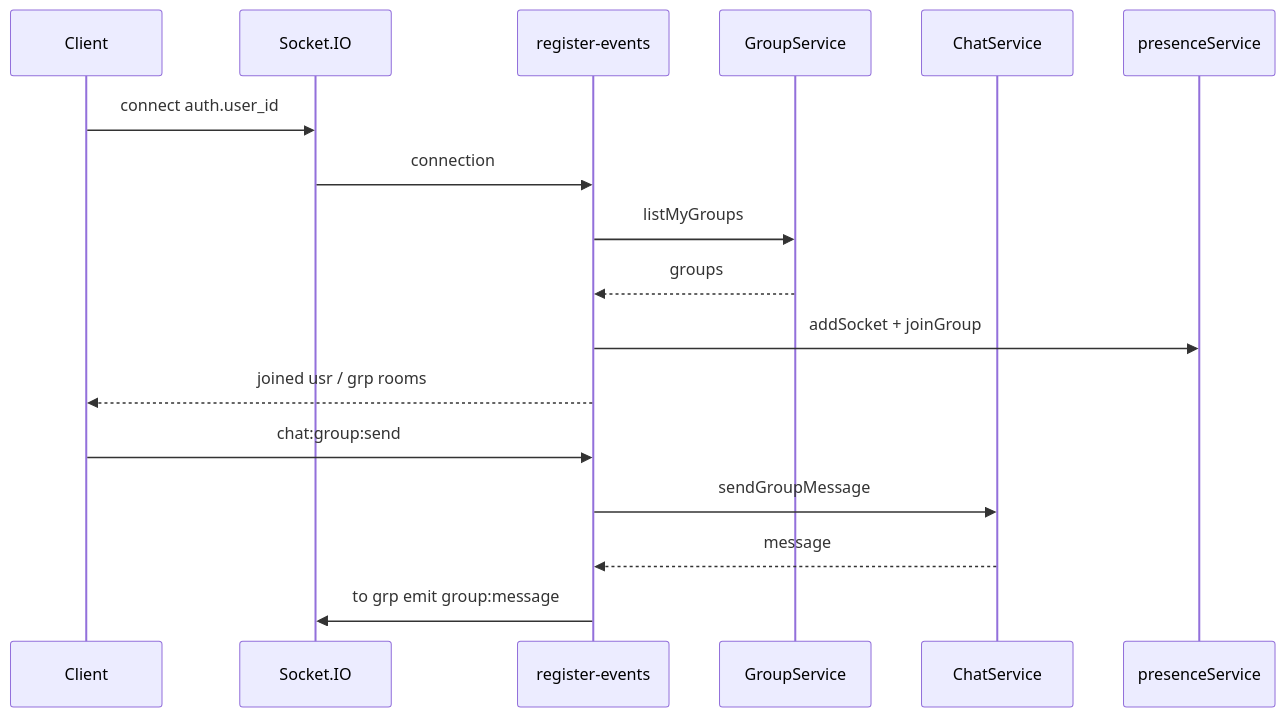
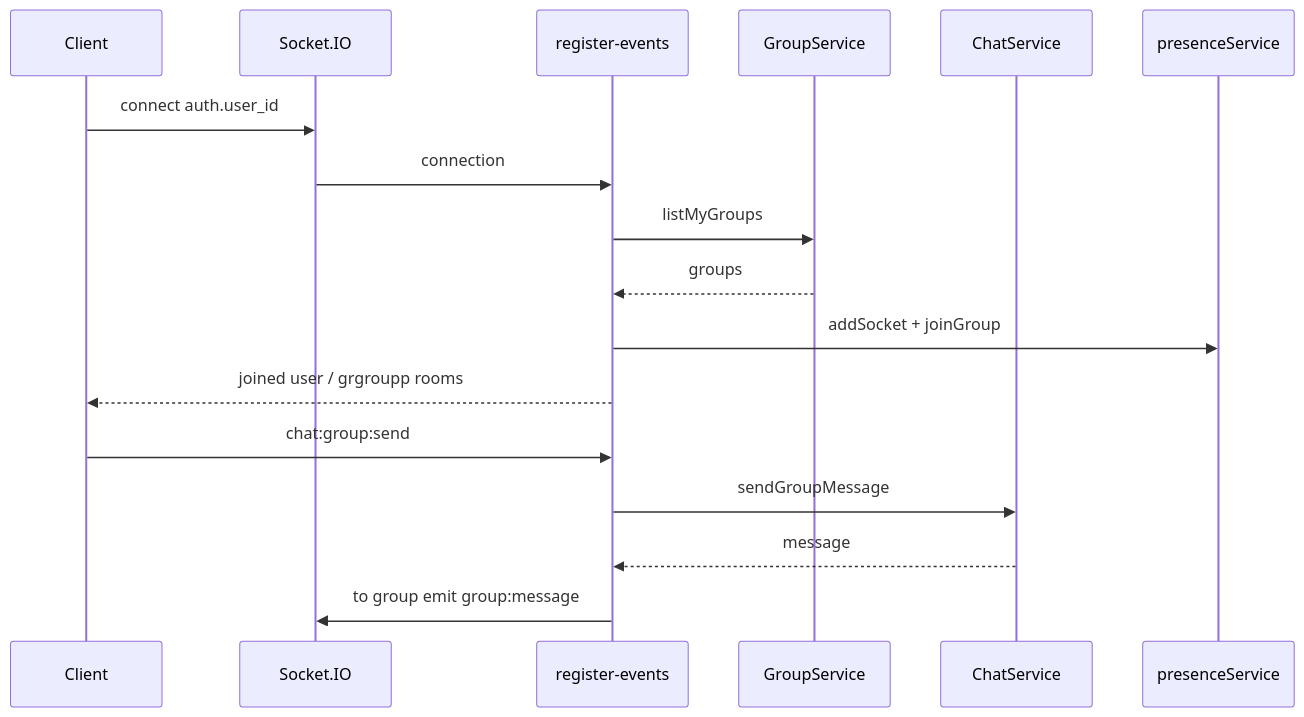
Before and after one commit to yashvenrakumar/chat-application: the sixth of 8 diagrams in docs/optional/system-design-optinal/SYSTEM-DESIGN.md, drawn with Mermaid. The commit also changed other lines of this file and 9 other files, not shown here.

````diff
--- a/docs/optional/system-design-optinal/SYSTEM-DESIGN.md
+++ b/docs/optional/system-design-optinal/SYSTEM-DESIGN.md
@@ -227,21 +227,21 @@
 ```mermaid
 sequenceDiagram
   participant Client
   participant IO as Socket.IO
   participant Reg as register-events
   participant GS as GroupService
   participant CS as ChatService
   participant PS as presenceService
 
   Client->>IO: connect auth.user_id
   IO->>Reg: connection
   Reg->>GS: listMyGroups
   GS-->>Reg: groups
   Reg->>PS: addSocket + joinGroup
-  Reg-->>Client: joined usr / grp rooms
+  Reg-->>Client: joined user / grgroupp rooms
 
   Client->>Reg: chat:group:send
   Reg->>CS: sendGroupMessage
   CS-->>Reg: message
-  Reg->>IO: to grp emit group:message
+  Reg->>IO: to group emit group:message
 ```
````
